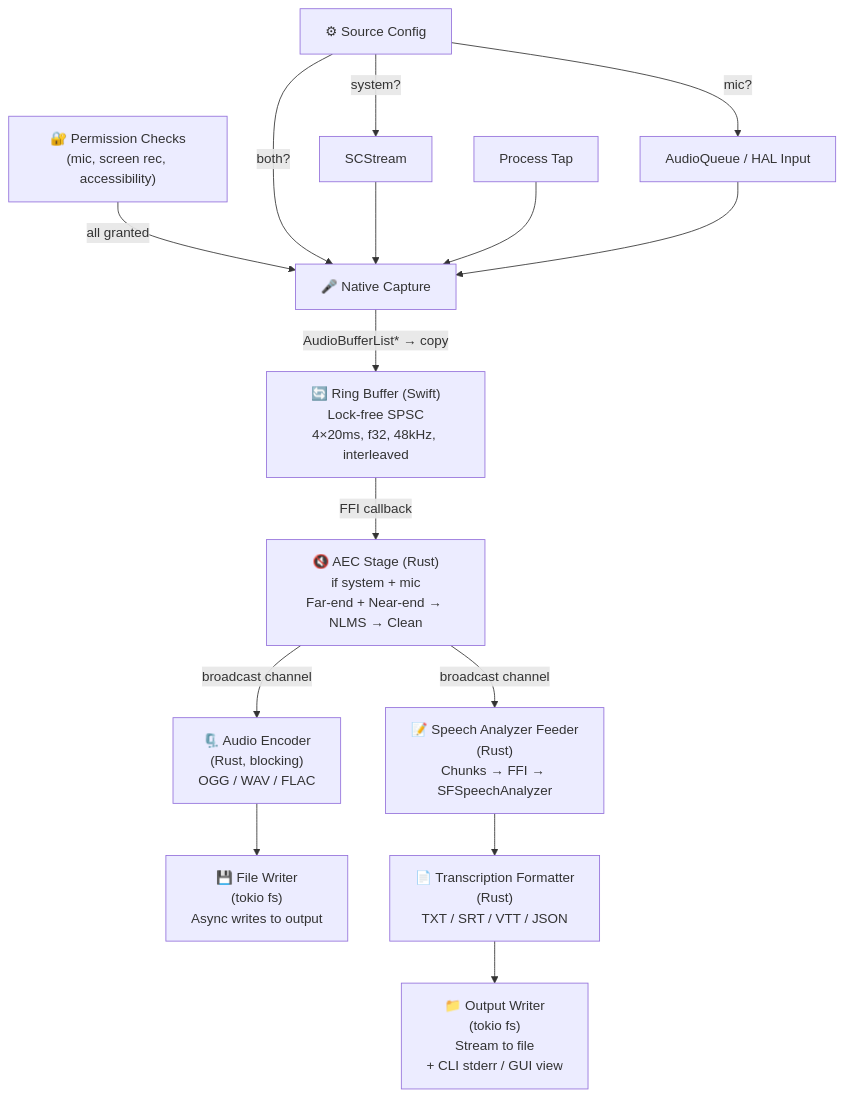
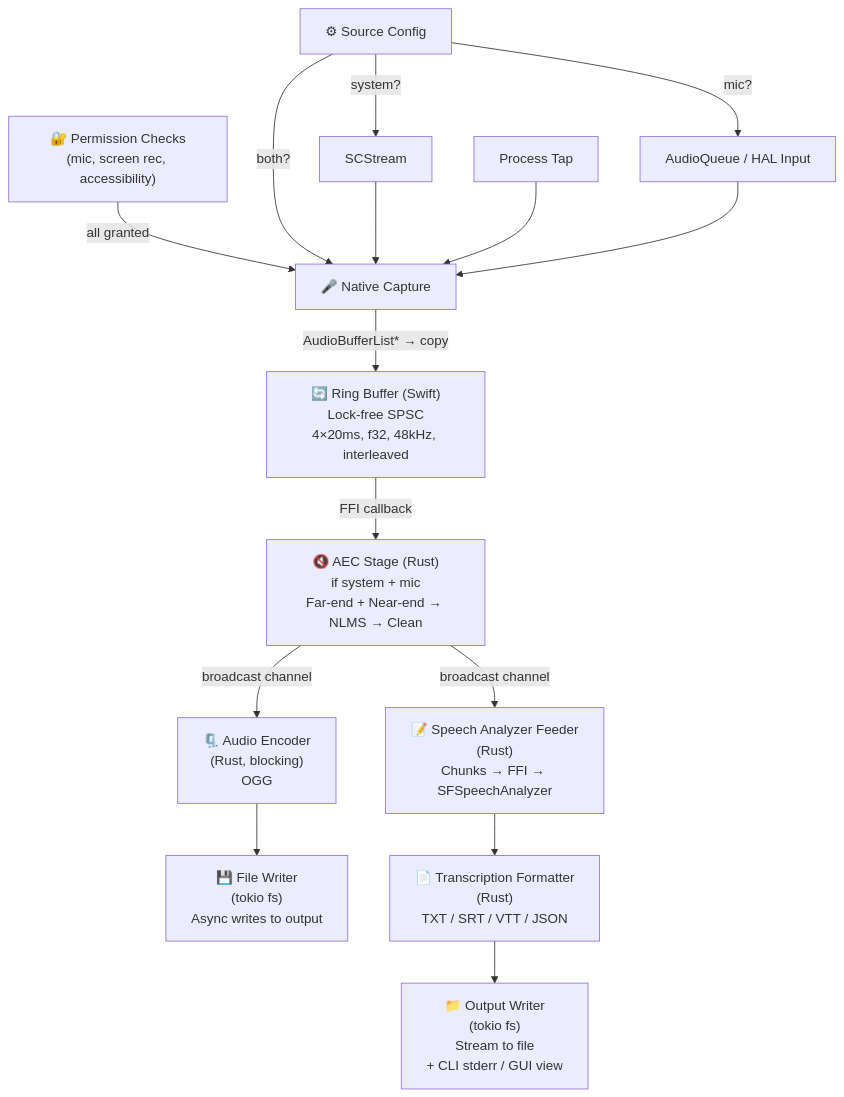
Before and after one commit to pranc1ngpegasus/labs: the first of 3 diagrams in koe/docs/spec/10-recording-pipeline.md, drawn with Mermaid. The commit also changed other lines of this file and 33 other files, not shown here.

First line of the commit message:
refactor(koe): descope FLAC/WAV output formats (#10)

````diff
--- a/koe/docs/spec/10-recording-pipeline.md
+++ b/koe/docs/spec/10-recording-pipeline.md
@@ -13,31 +13,31 @@
 ```mermaid
 flowchart TD
     PERM["🔐 Permission Checks<br/>(mic, screen rec, accessibility)"]
     CONFIG["⚙ Source Config"]
     CAPTURE["🎤 Native Capture"]
     SCK["SCStream"]
     TAP["Process Tap"]
     HAL["AudioQueue / HAL Input"]
     RING["🔄 Ring Buffer (Swift)<br/>Lock-free SPSC<br/>4×20ms, f32, 48kHz, interleaved"]
     AEC["🔇 AEC Stage (Rust)<br/>if system + mic<br/>Far-end + Near-end → NLMS → Clean"]
-    ENC["🗜️ Audio Encoder<br/>(Rust, blocking)<br/>OGG / WAV / FLAC"]
+    ENC["🗜️ Audio Encoder<br/>(Rust, blocking)<br/>OGG"]
     ASR["📝 Speech Analyzer Feeder<br/>(Rust)<br/>Chunks → FFI → SFSpeechAnalyzer"]
     DISK["💾 File Writer<br/>(tokio fs)<br/>Async writes to output"]
     FMT["📄 Transcription Formatter<br/>(Rust)<br/>TXT / SRT / VTT / JSON"]
     OUT["📁 Output Writer<br/>(tokio fs)<br/>Stream to file<br/>+ CLI stderr / GUI view"]
 
     PERM -->|"all granted"| CAPTURE
     CONFIG -->|"system?"| SCK
     CONFIG -->|"mic?"| HAL
     CONFIG -->|"both?"| CAPTURE
     SCK --> CAPTURE
     TAP --> CAPTURE
     HAL --> CAPTURE
     CAPTURE -->|"AudioBufferList* → copy"| RING
     RING -->|"FFI callback"| AEC
     AEC -->|"broadcast channel"| ENC
     AEC -->|"broadcast channel"| ASR
     ENC --> DISK
     ASR --> FMT
     FMT --> OUT
 ```
````
